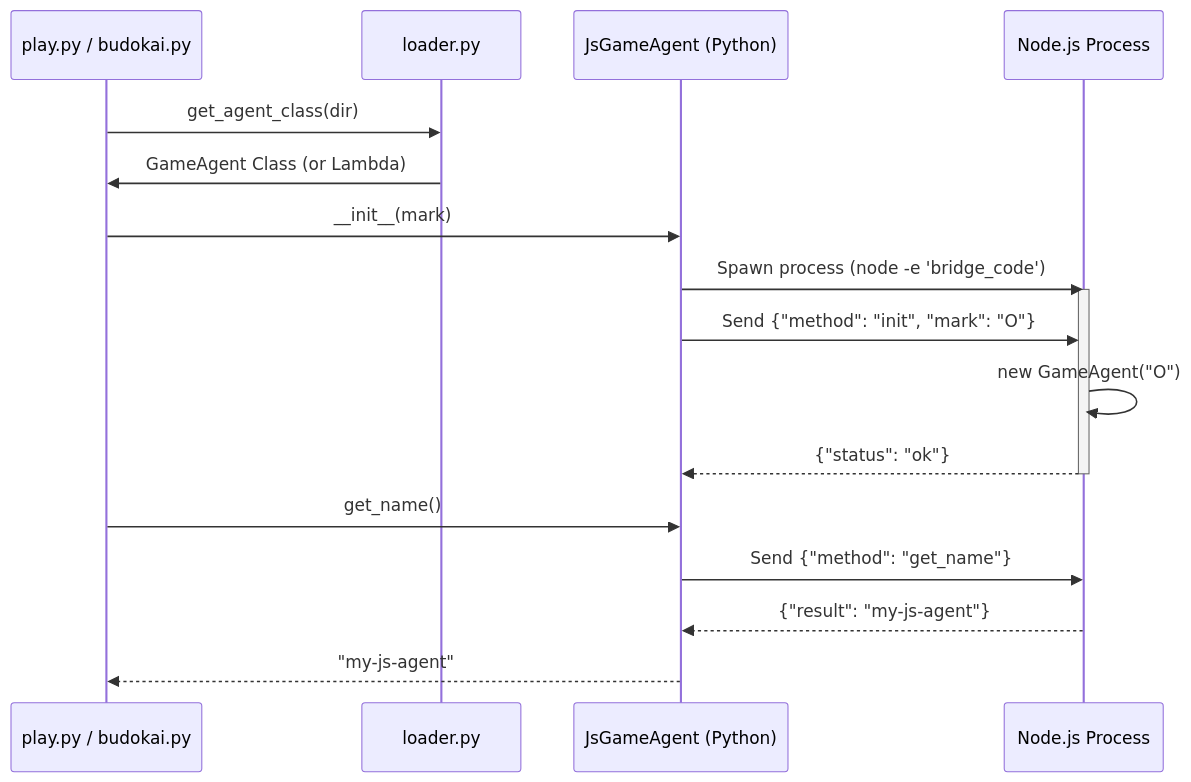
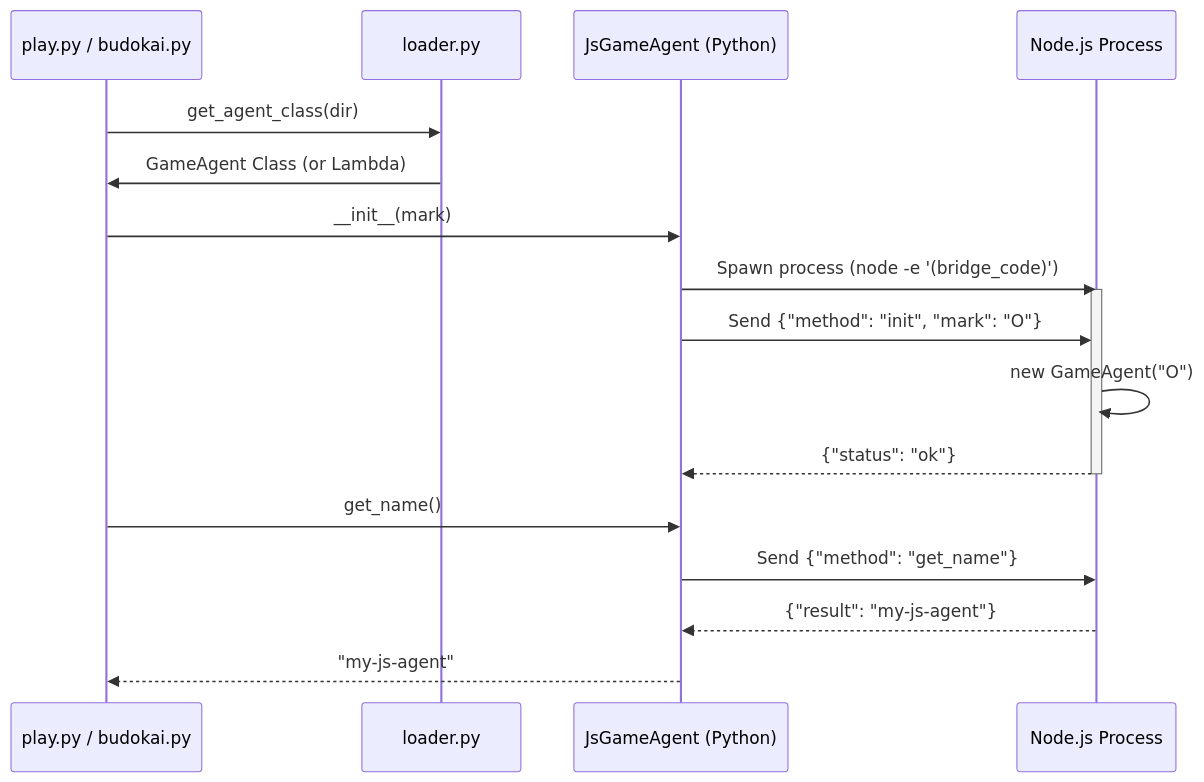
One commit to masanori-satake/refactoring-battle-arena changed the second of 7 diagrams in docs/ARCHITECTURE.md. Above: the diagram before and after it, drawn with Mermaid. The commit also changed other lines of this file and 3 other files, not shown here.

````diff
--- a/docs/ARCHITECTURE.md
+++ b/docs/ARCHITECTURE.md
@@ -51,22 +53,22 @@
 ```mermaid
 sequenceDiagram
     participant Main as play.py / budokai.py
     participant Loader as loader.py
     participant JS_Agent as JsGameAgent (Python)
     participant Node as Node.js Process
 
     Main->>Loader: get_agent_class(dir)
     Loader->>Main: GameAgent Class (or Lambda)
 
     Main->>JS_Agent: __init__(mark)
-    JS_Agent->>Node: Spawn process (node -e 'bridge_code')
+    JS_Agent->>Node: Spawn process (node -e '(bridge_code)')
     activate Node
     JS_Agent->>Node: Send {"method": "init", "mark": "O"}
     Node->>Node: new GameAgent("O")
     Node-->>JS_Agent: {"status": "ok"}
     deactivate Node
     Main->>JS_Agent: get_name()
     JS_Agent->>Node: Send {"method": "get_name"}
     Node-->>JS_Agent: {"result": "my-js-agent"}
     JS_Agent-->>Main: "my-js-agent"
 ```
````
